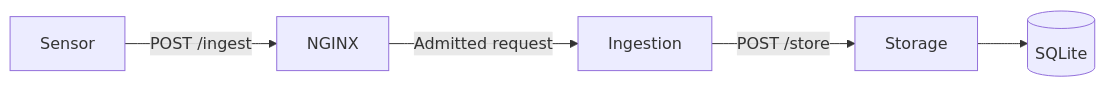
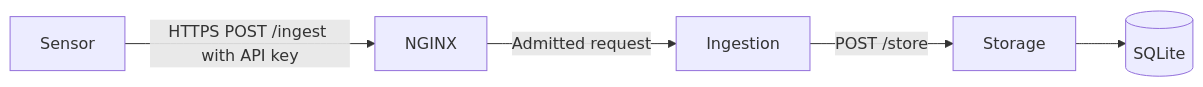
The second of 2 diagrams in README.md (tfdmendes/ssle-threat-monitoring), drawn with Mermaid before and after one commit. The commit also changed other lines of this file and 15 other files, not shown here.

````diff
--- a/README.md
+++ b/README.md
@@ -39,7 +39,7 @@
 ```mermaid
 flowchart LR
-    Sensor["Sensor"] -->|"POST /ingest"| Nginx["NGINX"]
+    Sensor["Sensor"] -->|"HTTPS POST /ingest with API key"| Nginx["NGINX"]
     Nginx -->|"Admitted request"| Ingestion["Ingestion"]
     Ingestion -->|"POST /store"| Storage["Storage"]
     Storage --> Database[("SQLite")]
 ```
````
